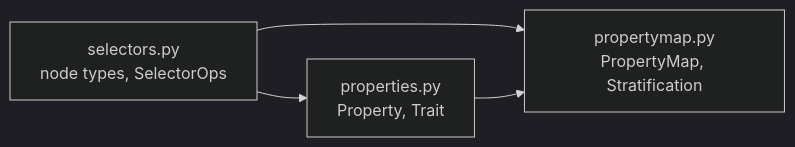
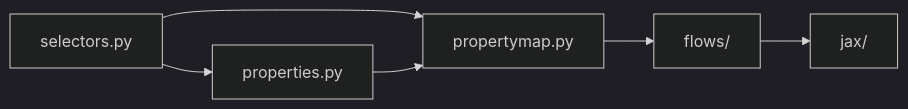
One commit to monash-emu/summer4 changed the diagram in docs/dev/project-layout.md. Above: the diagram before and after it, drawn with Mermaid (dark theme). The commit also changed other lines of this file and 63 other files, not shown here.

First line of the commit message:
Promote the flows spike into summer4 with EdgeMap and CompiledModel.

````diff
--- a/docs/dev/project-layout.md
+++ b/docs/dev/project-layout.md
@@ -26,6 +26,8 @@
 ```{mermaid}
 flowchart LR
-    S["selectors.py<br/>node types, SelectorOps"] --> P["properties.py<br/>Property, Trait"]
-    S --> M["propertymap.py<br/>PropertyMap, Stratification"]
+    S["selectors.py"] --> P["properties.py"]
+    S --> M["propertymap.py"]
     P --> M
+    M --> F["flows/"]
+    F --> J["jax/"]
 ```
````
